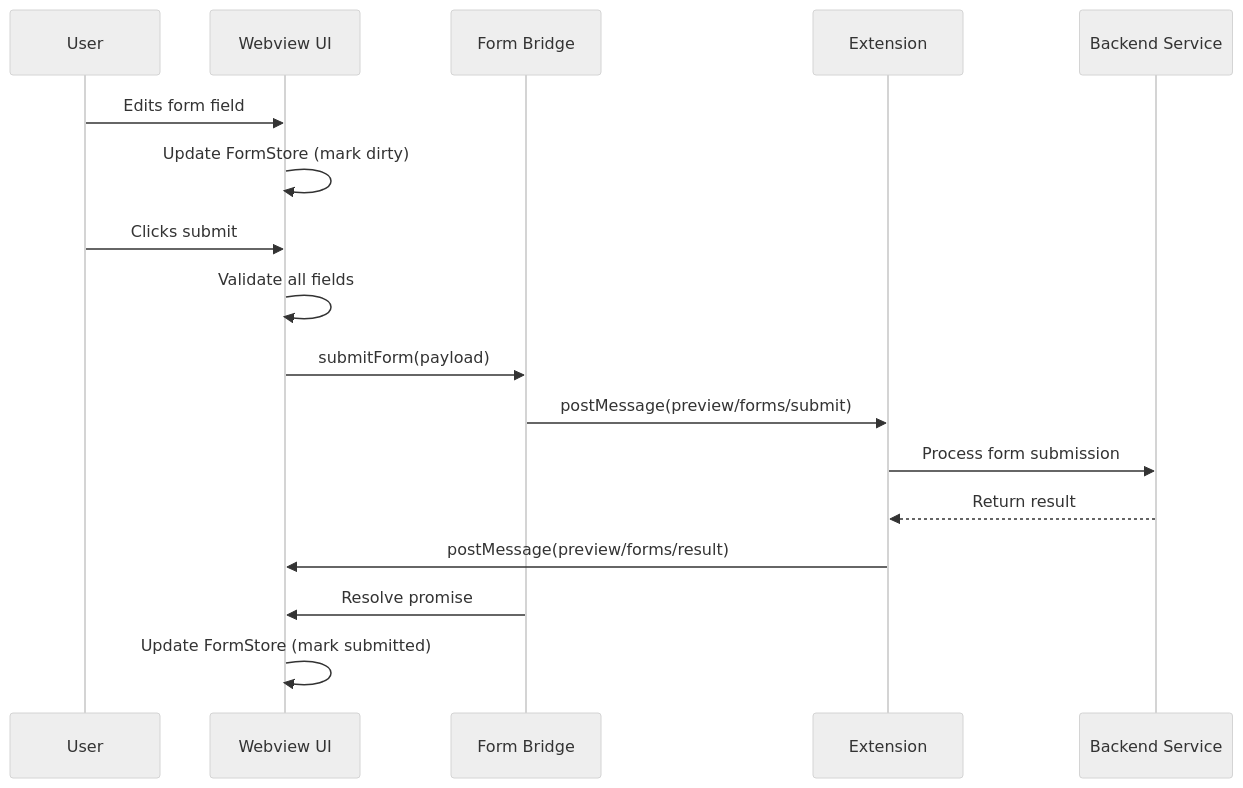
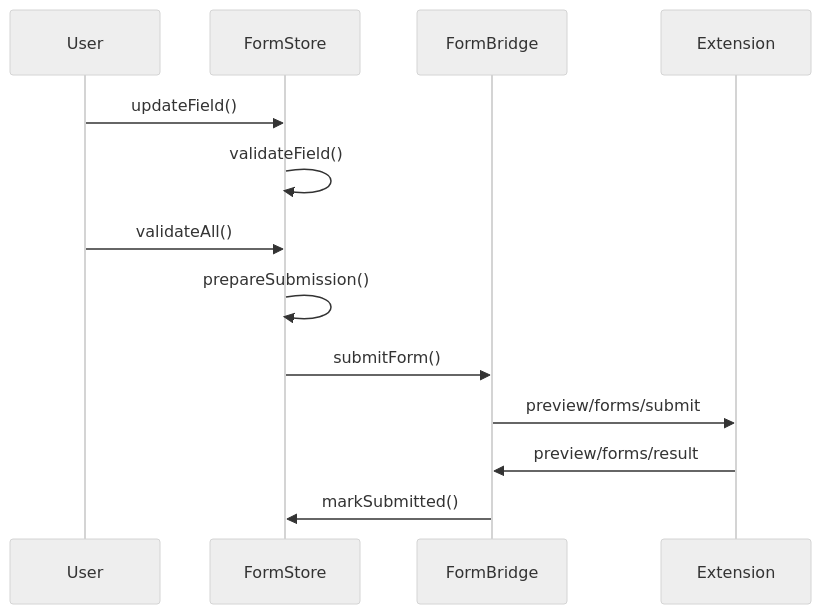
One commit to eitatech/gatomia-vscode changed the fifth of 6 diagrams in docs/preview_system.md. Above: the diagram before and after it, drawn with Mermaid (neutral theme). The commit also changed other lines of this file and 11 other files, not shown here.

First line of the commit message:
Remove old documentation files and implement unit tests for DocumentPreviewService

````diff
--- a/docs/preview_system.md
+++ b/docs/preview_system.md
@@ -229,20 +515,16 @@
 ```mermaid
 sequenceDiagram
     participant User
-    participant UI as Webview UI
-    participant FB as Form Bridge
-    participant Ext as Extension
-    participant BE as Backend Service
+    participant FormStore
+    participant FormBridge
+    participant Extension
     
-    User->>UI: Edits form field
-    UI->>UI: Update FormStore (mark dirty)
-    User->>UI: Clicks submit
-    UI->>UI: Validate all fields
-    UI->>FB: submitForm(payload)
-    FB->>Ext: postMessage(preview/forms/submit)
-    Ext->>BE: Process form submission
-    BE-->>Ext: Return result
-    Ext->>UI: postMessage(preview/forms/result)
-    FB->>UI: Resolve promise
-    UI->>UI: Update FormStore (mark submitted)
+    User->>FormStore: updateField()
+    FormStore->>FormStore: validateField()
+    User->>FormStore: validateAll()
+    FormStore->>FormStore: prepareSubmission()
+    FormStore->>FormBridge: submitForm()
+    FormBridge->>Extension: preview/forms/submit
+    Extension->>FormBridge: preview/forms/result
+    FormBridge->>FormStore: markSubmitted()
 ```
````
